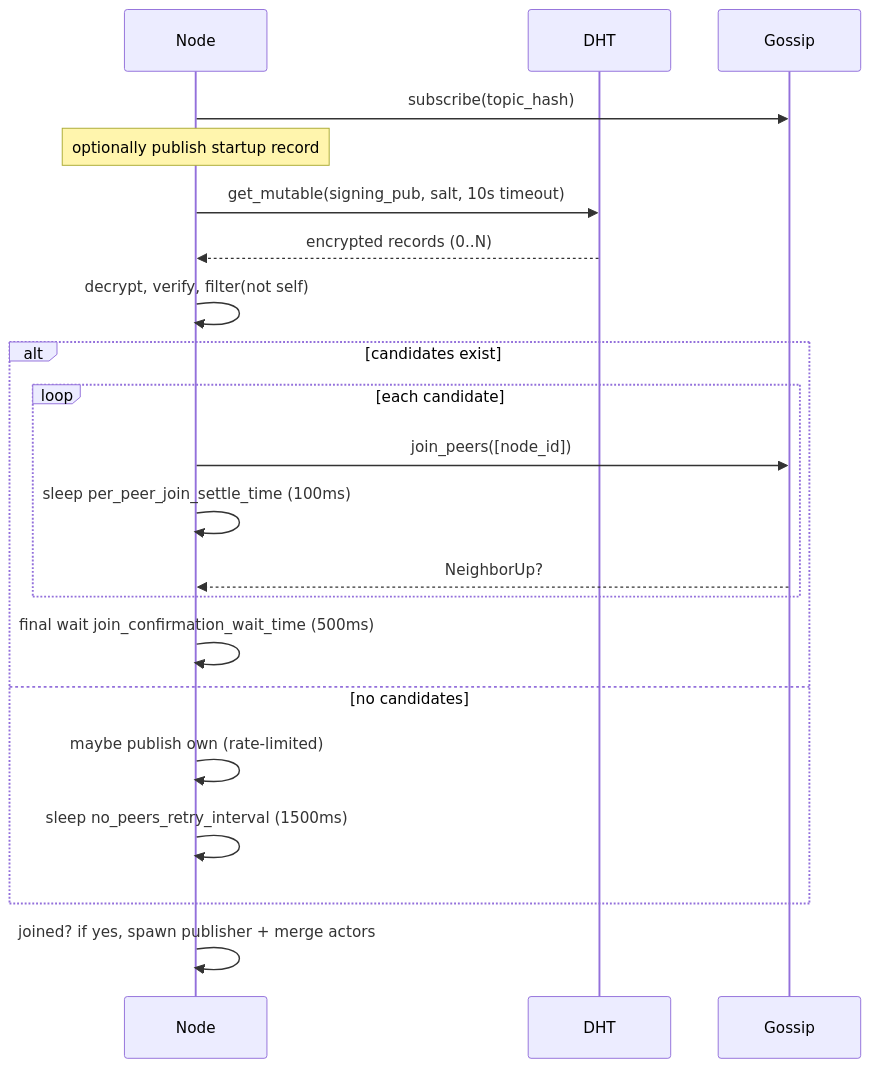
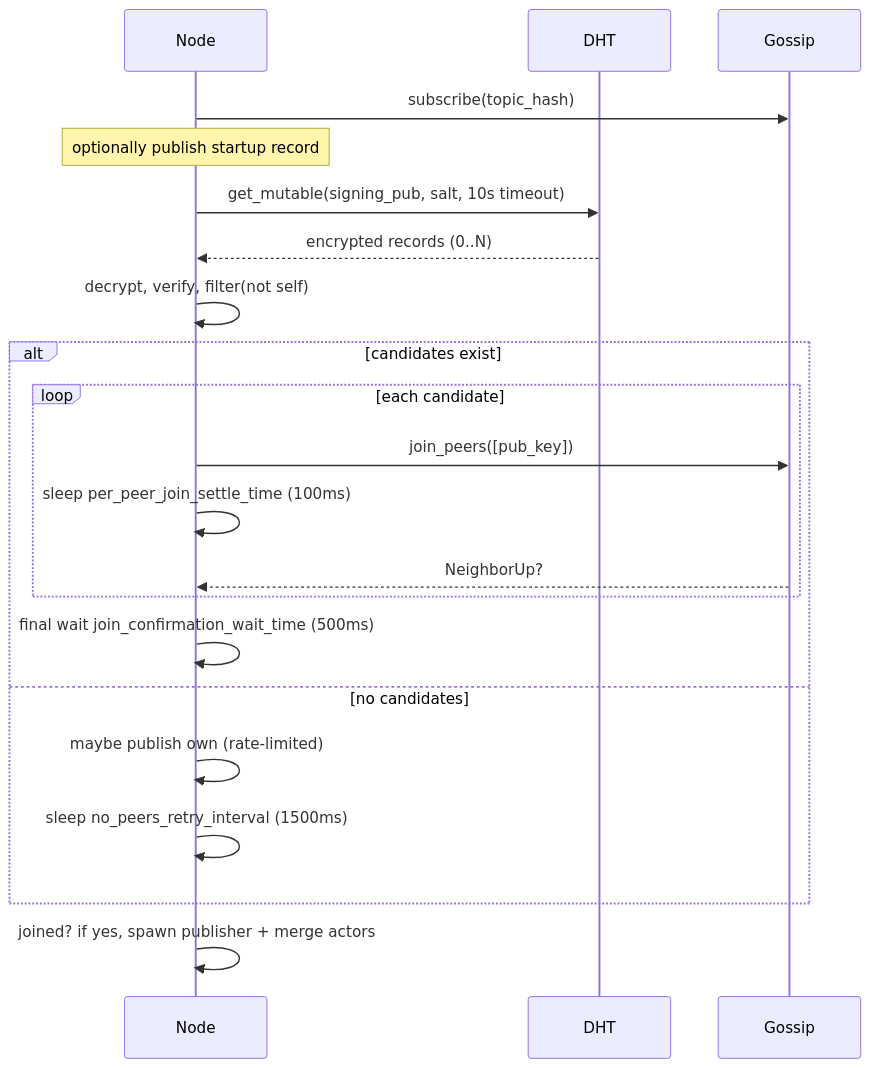
Before and after one commit to rustonbsd/distributed-topic-tracker: the third of 7 diagrams in ARCHITECTURE.md, drawn with Mermaid. The commit also changed 9 other files, not shown here.

````diff
--- a/ARCHITECTURE.md
+++ b/ARCHITECTURE.md
@@ -86,24 +86,24 @@
 ```mermaid
 sequenceDiagram
   participant Node
   participant DHT
   participant Gossip
 
   Node->>Gossip: subscribe(topic_hash)
   Note over Node: optionally publish startup record
   Node->>DHT: get_mutable(signing_pub, salt, 10s timeout)
   DHT-->>Node: encrypted records (0..N)
   Node->>Node: decrypt, verify, filter(not self)
   alt candidates exist
     loop each candidate
-      Node->>Gossip: join_peers([node_id])
+      Node->>Gossip: join_peers([pub_key])
       Node->>Node: sleep per_peer_join_settle_time (100ms)
       Gossip-->>Node: NeighborUp?
     end
     Node->>Node: final wait join_confirmation_wait_time (500ms)
   else no candidates
     Node->>Node: maybe publish own (rate-limited)
     Node->>Node: sleep no_peers_retry_interval (1500ms)
   end
   Node->>Node: joined? if yes, spawn publisher + merge actors
 ```
````
